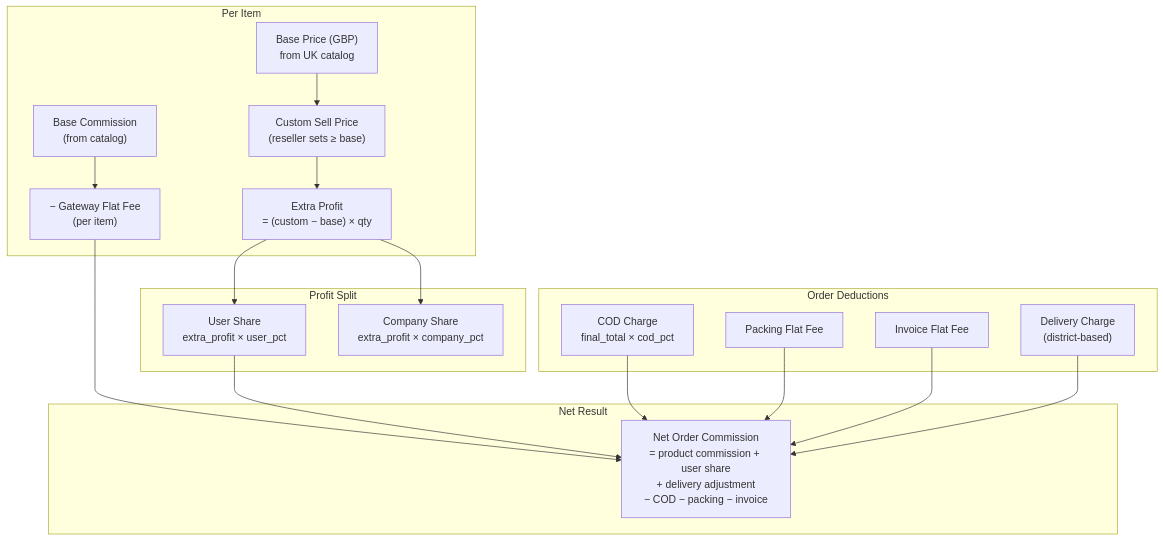
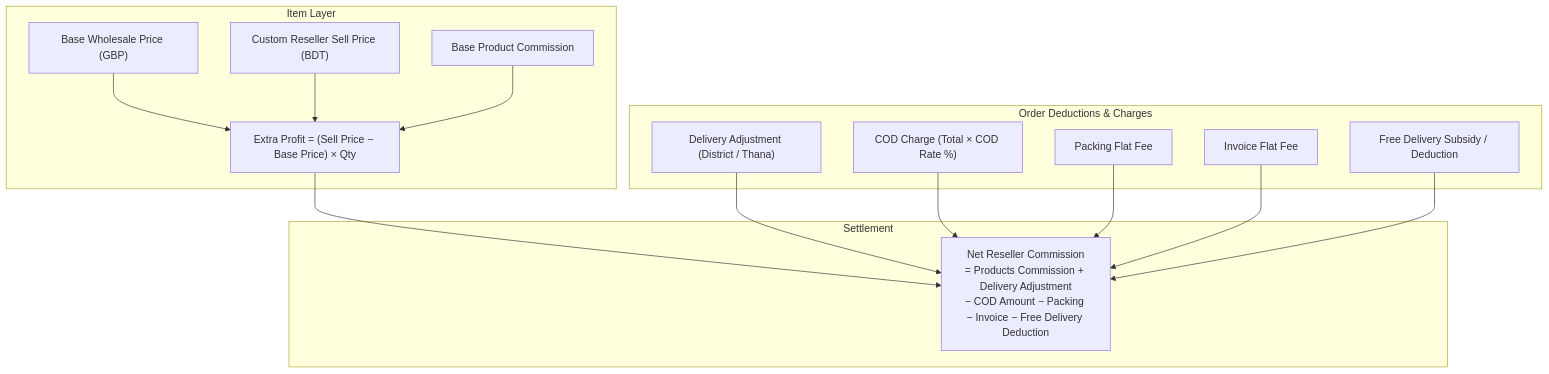
The fourth of 5 diagrams in src/content/projects/13-kbeauty-dropship.md (marceldavidbaroi/portfolio-astro), drawn with Mermaid before and after one commit. The commit also changed other lines of this file and 59 other files, not shown here.

````diff
--- a/src/content/projects/13-kbeauty-dropship.md
+++ b/src/content/projects/13-kbeauty-dropship.md
@@ -222,35 +226,24 @@
 ```mermaid
 flowchart TD
-    subgraph PerItem ["Per Item"]
-        BASE["Base Price (GBP)<br/>from UK catalog"]
-        CUSTOM["Custom Sell Price<br/>(reseller sets ≥ base)"]
-        COMM["Base Commission<br/>(from catalog)"]
-        GW["− Gateway Flat Fee<br/>(per item)"]
-        EXTRA["Extra Profit<br/>= (custom − base) × qty"]
+    subgraph Items ["Item Layer"]
+        BASE["Base Wholesale Price (GBP)"]
+        CUSTOM["Custom Reseller Sell Price (BDT)"]
+        COMM["Base Product Commission"]
+        EXTRA["Extra Profit = (Sell Price − Base Price) × Qty"]
     end
 
-    subgraph Split ["Profit Split"]
-        USER["User Share<br/>extra_profit × user_pct"]
-        COMPANY["Company Share<br/>extra_profit × company_pct"]
+    subgraph Adjustments ["Order Deductions & Charges"]
+        DEL["Delivery Adjustment (District / Thana)"]
+        COD["COD Charge (Total × COD Rate %)"]
+        PACK["Packing Flat Fee"]
+        INV["Invoice Flat Fee"]
+        FREE["Free Delivery Subsidy / Deduction"]
     end
 
-    subgraph Deductions ["Order Deductions"]
-        COD["COD Charge<br/>final_total × cod_pct"]
-        PACK["Packing Flat Fee"]
-        INV["Invoice Flat Fee"]
-        DEL["Delivery Charge<br/>(district-based)"]
+    subgraph Output ["Settlement"]
+        NET["Net Reseller Commission<br/>= Products Commission + Delivery Adjustment<br/>− COD Amount − Packing − Invoice − Free Delivery Deduction"]
     end
 
-    subgraph Net ["Net Result"]
-        NET["Net Order Commission<br/>= product commission + user share<br/>+ delivery adjustment<br/>− COD − packing − invoice"]
-    end
-
-    BASE --> CUSTOM
-    COMM --> GW
-    CUSTOM --> EXTRA
-    EXTRA --> USER & COMPANY
-    GW --> NET
-    USER --> NET
-    COD & PACK & INV --> NET
-    DEL --> NET
+    BASE & CUSTOM & COMM --> EXTRA
+    EXTRA & DEL & COD & PACK & INV & FREE --> NET
 ```
````
